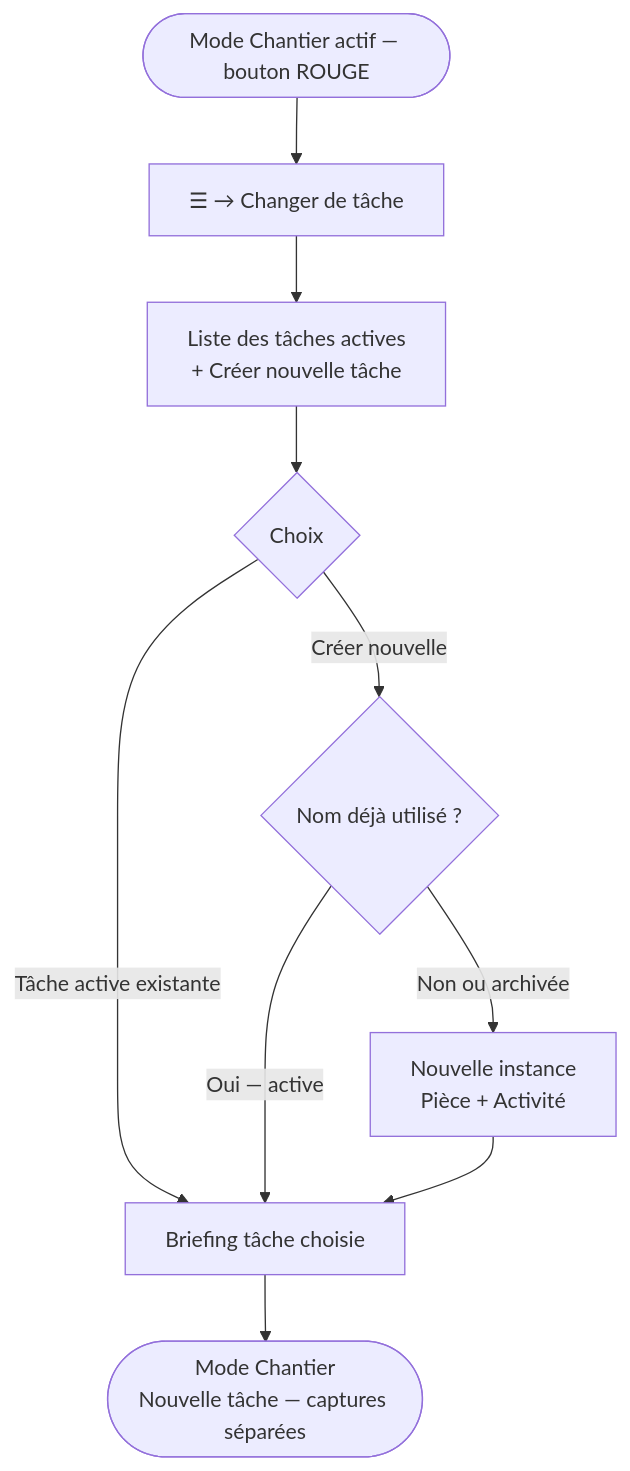
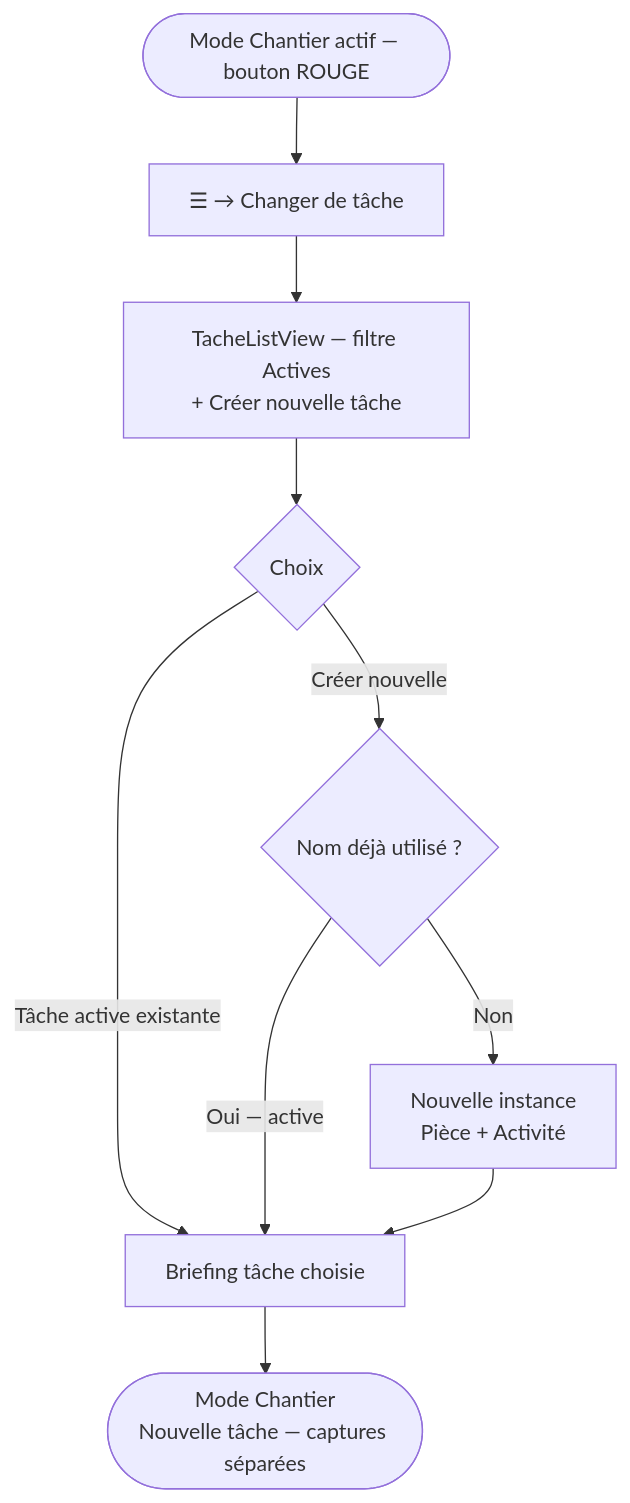
Before and after one commit to Nicode80/Gestion-Travaux: the fourth of 5 diagrams in _bmad-output/planning-artifacts/ux-design-specification.md, drawn with Mermaid. The commit also changed other lines of this file and 20 other files, not shown here.

````diff
--- a/_bmad-output/planning-artifacts/ux-design-specification.md
+++ b/_bmad-output/planning-artifacts/ux-design-specification.md
@@ -563,12 +566,12 @@
 ```mermaid
 flowchart TD
     A([Mode Chantier actif — bouton ROUGE]) --> B[☰ → Changer de tâche]
-    B --> C[Liste des tâches actives\n+ Créer nouvelle tâche]
+    B --> C[TacheListView — filtre Actives\n+ Créer nouvelle tâche]
     C --> D{Choix}
     D -->|Tâche active existante| E[Briefing tâche choisie]
     D -->|Créer nouvelle| F{Nom déjà utilisé ?}
     F -->|Oui — active| E
-    F -->|Non ou archivée| G[Nouvelle instance\nPièce + Activité]
+    F -->|Non| G[Nouvelle instance\nPièce + Activité]
     G --> E
     E --> H([Mode Chantier\nNouvelle tâche — captures séparées])
 ```
````
